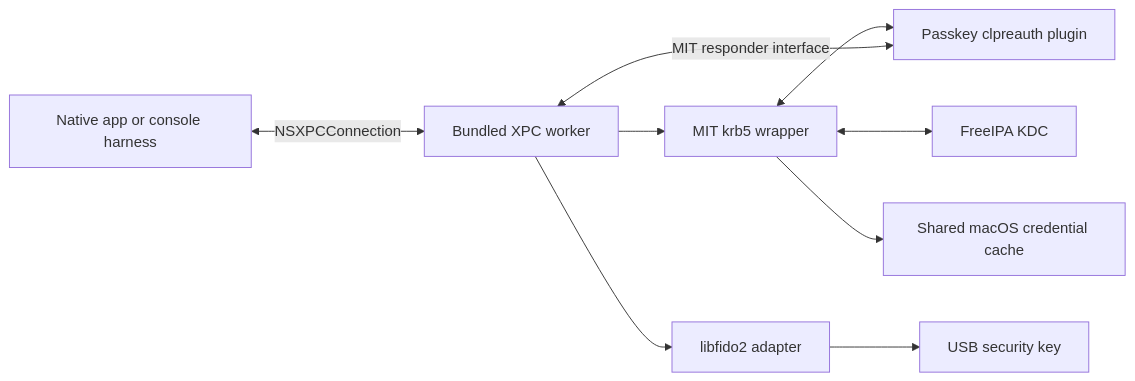
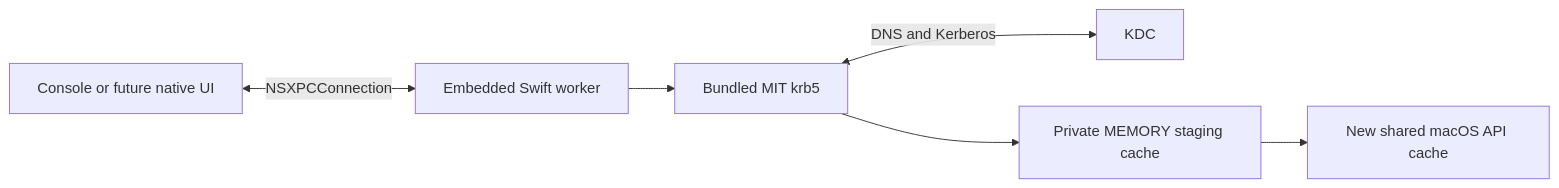
One commit to wyattanderson/kpasskey changed the diagram in docs/ARCHITECTURE.md. Above: the diagram before and after it, drawn with Mermaid. The commit also changed other lines of this file and 23 other files, not shown here.

Commit message:
Refactor passkey flows and simplify supporting code

````diff
--- a/docs/ARCHITECTURE.md
+++ b/docs/ARCHITECTURE.md
@@ -5,11 +14,8 @@
 ```mermaid
 flowchart LR
-    UI[Native app or console harness] <-->|NSXPCConnection| W[Bundled XPC worker]
-    W --> K[MIT krb5 wrapper]
-    K <--> P[Passkey clpreauth plugin]
-    P <-->|MIT responder interface| W
-    W --> F[libfido2 adapter]
-    F --> USB[USB security key]
-    K <--> KDC[FreeIPA KDC]
-    K --> CC[Shared macOS credential cache]
+    H[Console or future native UI] <-->|NSXPCConnection| W[Embedded Swift worker]
+    W --> K[Bundled MIT krb5]
+    K <-->|DNS and Kerberos| D[KDC]
+    K --> M[Private MEMORY staging cache]
+    M --> A[New shared macOS API cache]
 ```
````
